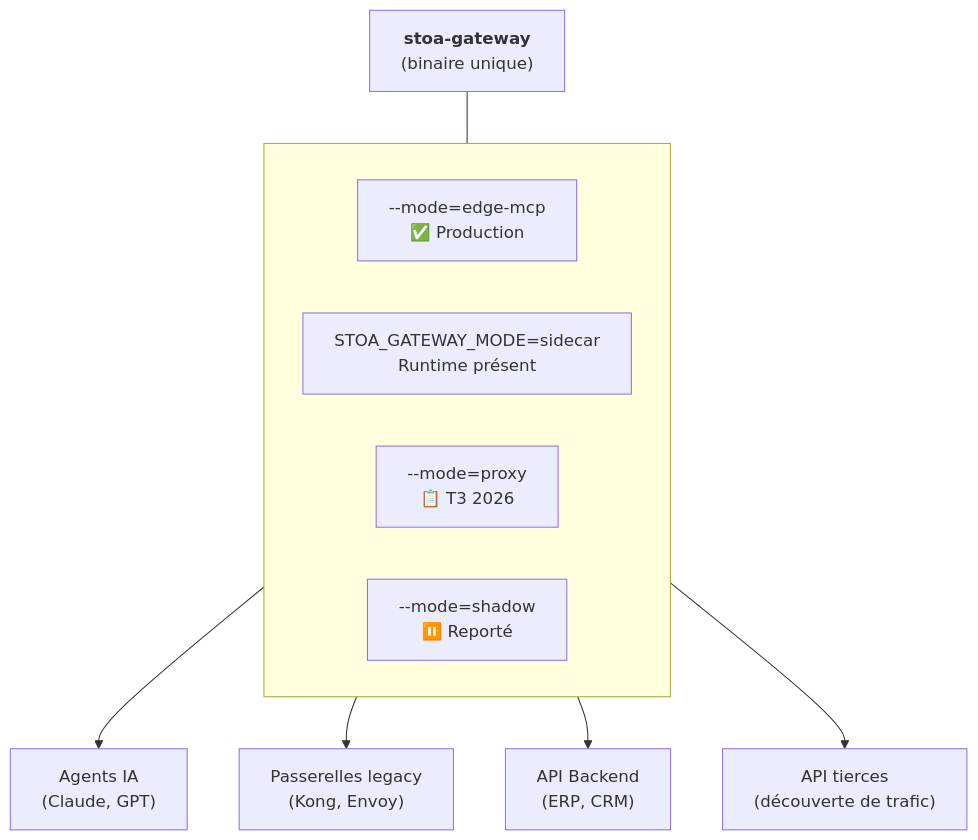
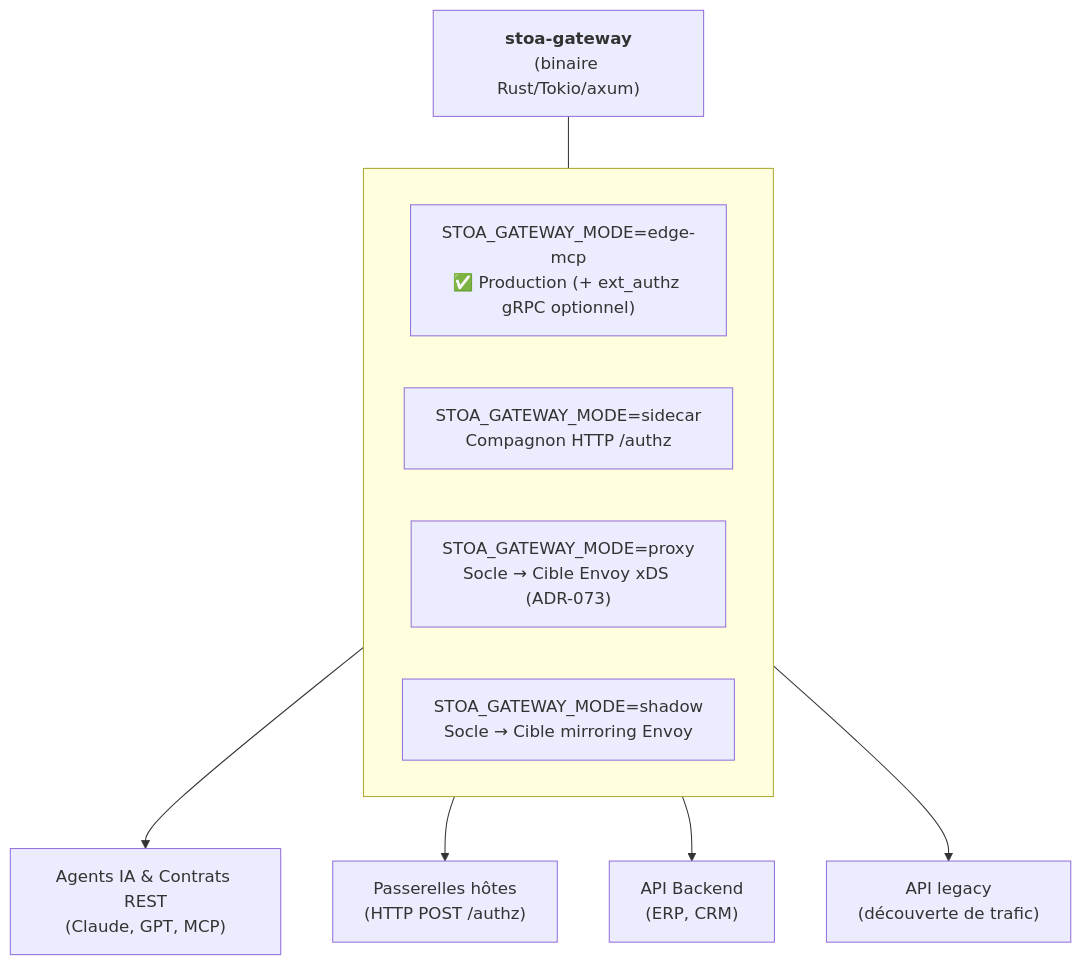
The diagram in i18n/fr/docusaurus-plugin-content-docs/current/concepts/gateway.md (stoa-platform/stoa-docs), drawn with Mermaid before and after one commit. The commit also changed other lines of this file and 31 other files, not shown here.

First line of the commit message:
docs(arch): align architecture, tenant model, secrets, and ADR index with ADR-073/074/075 (EN/FR)

````diff
--- a/i18n/fr/docusaurus-plugin-content-docs/current/concepts/gateway.md
+++ b/i18n/fr/docusaurus-plugin-content-docs/current/concepts/gateway.md
@@ -21,18 +20,18 @@
 ```mermaid
 flowchart TB
-    GW["<b>stoa-gateway</b><br/>(binaire unique)"]
+    GW["<b>stoa-gateway</b><br/>(binaire Rust/Tokio/axum)"]
 
     subgraph modes[" "]
         direction LR
-        EM["--mode=edge-mcp<br/>✅ Production"]
-        SC["STOA_GATEWAY_MODE=sidecar<br/>Runtime présent"]
-        PX["--mode=proxy<br/>📋 T3 2026"]
-        SH["--mode=shadow<br/>⏸️ Reporté"]
+        EM["STOA_GATEWAY_MODE=edge-mcp<br/>✅ Production (+ ext_authz gRPC optionnel)"]
+        SC["STOA_GATEWAY_MODE=sidecar<br/>Compagnon HTTP /authz"]
+        PX["STOA_GATEWAY_MODE=proxy<br/>Socle → Cible Envoy xDS (ADR-073)"]
+        SH["STOA_GATEWAY_MODE=shadow<br/>Socle → Cible mirroring Envoy"]
     end
 
     GW --- modes
-    EM --> AI["Agents IA<br/>(Claude, GPT)"]
-    SC --> LG["Passerelles legacy<br/>(Kong, Envoy)"]
+    EM --> AI["Agents IA & Contrats REST<br/>(Claude, GPT, MCP)"]
+    SC --> LG["Passerelles hôtes<br/>(HTTP POST /authz)"]
     PX --> BE["API Backend<br/>(ERP, CRM)"]
-    SH --> DI["API tierces<br/>(découverte de trafic)"]
+    SH --> DI["API legacy<br/>(découverte de trafic)"]
 ```
````
